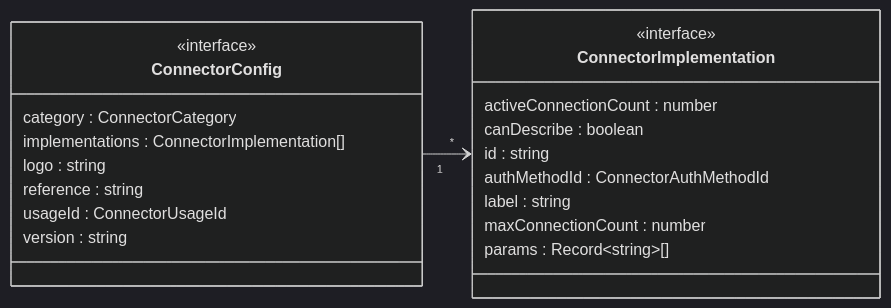
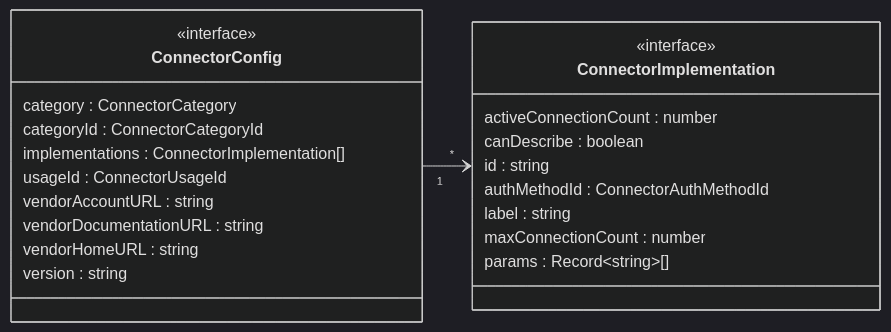
The fourth of 22 diagrams in README.md (data-positioning/datapos-shared), drawn with Mermaid (dark theme) before and after one commit. The commit also changed other lines of this file and 6 other files, not shown here.

````diff
--- a/README.md
+++ b/README.md
@@ -154,28 +154,30 @@
 ```mermaid
 classDiagram
     direction LR
 
 
     class ConnectorConfig {
         <<interface>>
         category : ConnectorCategory
+        categoryId : ConnectorCategoryId
         implementations : ConnectorImplementation[]
-        logo : string
-        reference : string
         usageId : ConnectorUsageId
+        vendorAccountURL : string
+        vendorDocumentationURL : string
+        vendorHomeURL : string
         version : string
     }
 
     class ConnectorImplementation {
         <<interface>>
         activeConnectionCount : number
         canDescribe : boolean
         id : string
         authMethodId : ConnectorAuthMethodId
         label : string
         maxConnectionCount : number
         params : Record~string~[]
     }
 
     ConnectorConfig "1" --> "*" ConnectorImplementation
 ```
````
